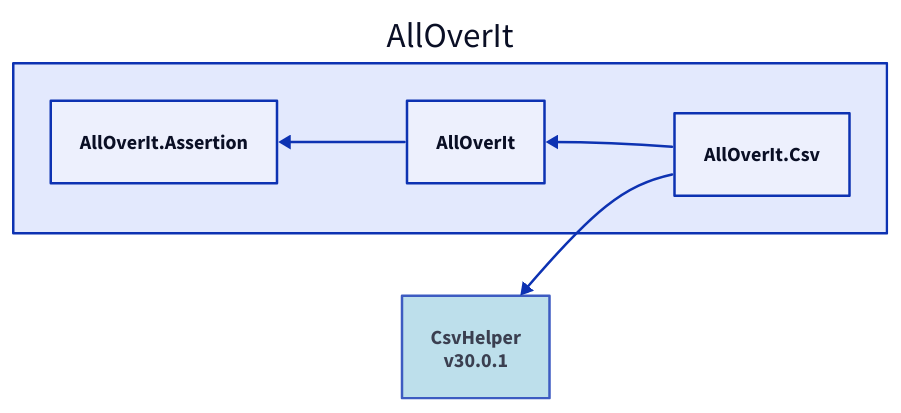
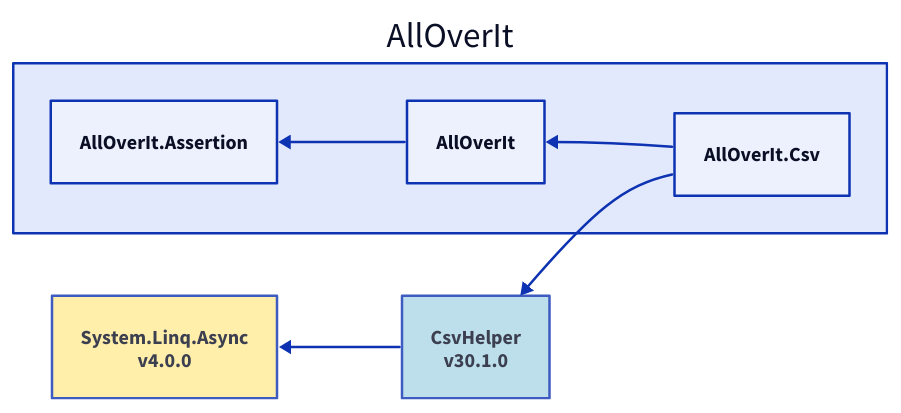
The diagram in Docs/Reference/Content/images/dependencies/net7.0/alloverit-csv.d2 (mjfreelancing/AllOverIt), drawn with D2 before and after one commit. The commit also changed 144 other files, not shown here.

```diff
--- a/Docs/Reference/Content/images/dependencies/net7.0/alloverit-csv.d2
+++ b/Docs/Reference/Content/images/dependencies/net7.0/alloverit-csv.d2
@@ -1,12 +1,16 @@
 direction: left
 
 aoi: AllOverIt
 aoi.alloverit-csv: AllOverIt.Csv
-csvhelper_30-0-1: CsvHelper\nv30.0.1
-csvhelper_30-0-1.style.fill: "#ADD8E6"
-csvhelper_30-0-1.style.opacity: 0.8
-csvhelper_30-0-1 <- aoi.alloverit-csv
+csvhelper_30-1-0: CsvHelper\nv30.1.0
+csvhelper_30-1-0.style.fill: "#ADD8E6"
+csvhelper_30-1-0.style.opacity: 0.8
+system-linq-async_4-0-0: System.Linq.Async\nv4.0.0
+system-linq-async_4-0-0.style.fill: "#FFEC96"
+system-linq-async_4-0-0.style.opacity: 0.8
+system-linq-async_4-0-0 <- csvhelper_30-1-0
+csvhelper_30-1-0 <- aoi.alloverit-csv
 aoi.alloverit: AllOverIt
 aoi.alloverit-assertion: AllOverIt.Assertion
 aoi.alloverit-assertion <- aoi.alloverit
 aoi.alloverit <- aoi.alloverit-csv
```
